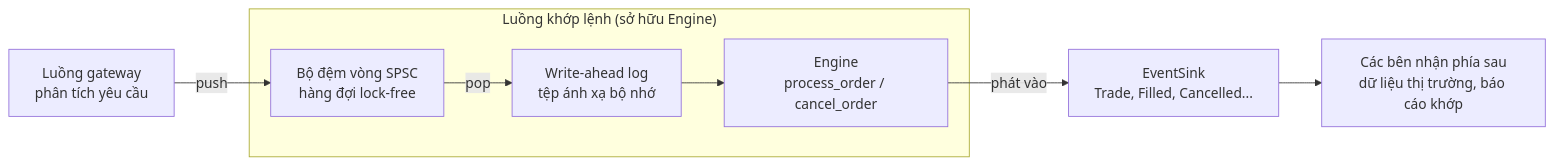
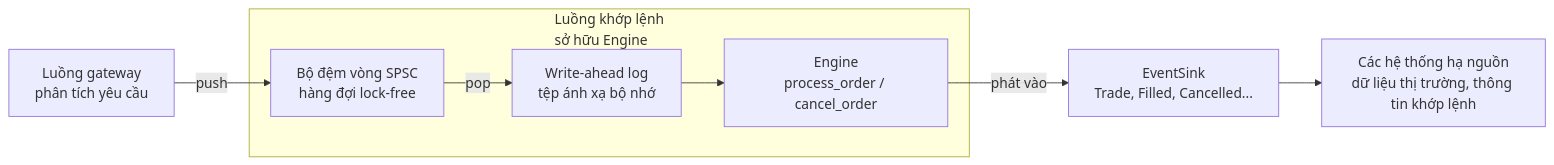
One commit to daohainam/rust-matching-engine changed the first of 2 diagrams in README.vi.md. Above: the diagram before and after it, drawn with Mermaid. The commit also changed other lines of this file and 12 other files, not shown here.

````diff
--- a/README.vi.md
+++ b/README.vi.md
@@ -126,10 +129,10 @@
 ```mermaid
 flowchart LR
     G["Luồng gateway<br/>phân tích yêu cầu"] -->|push| RB["Bộ đệm vòng SPSC<br/>hàng đợi lock-free"]
-    subgraph M["Luồng khớp lệnh (sở hữu Engine)"]
+    subgraph M["Luồng khớp lệnh<br/>sở hữu Engine"]
         RB -->|pop| W["Write-ahead log<br/>tệp ánh xạ bộ nhớ"]
         W --> E["Engine<br/>process_order / cancel_order"]
     end
     E -->|phát vào| EV["EventSink<br/>Trade, Filled, Cancelled..."]
-    EV --> D["Các bên nhận phía sau<br/>dữ liệu thị trường, báo cáo khớp"]
+    EV --> D["Các hệ thống hạ nguồn<br/>dữ liệu thị trường, thông tin khớp lệnh"]
 ```
````
